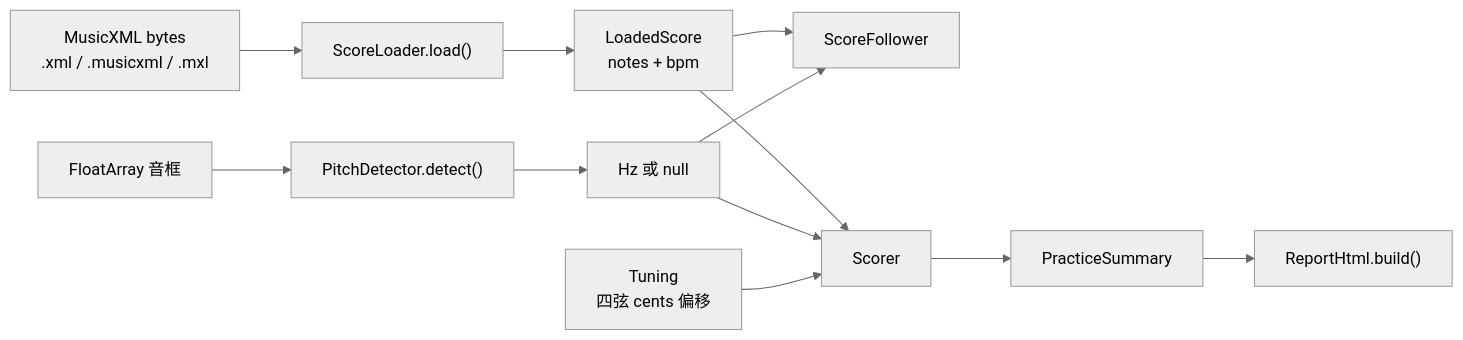
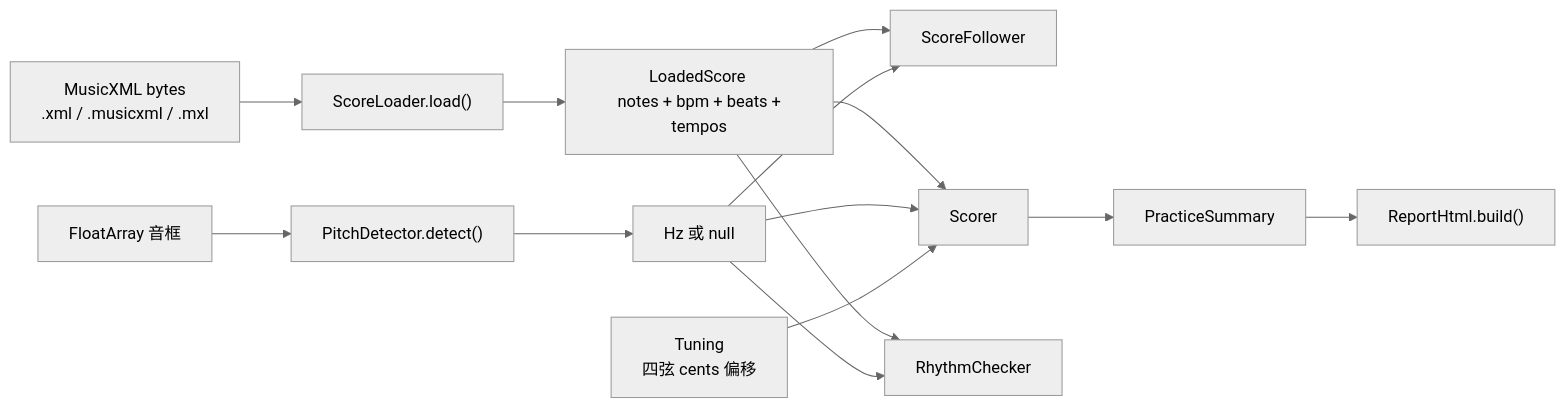
One commit to ue0705/music_app changed the second of 4 diagrams in docs/arc42/05_building_block_view.md. Above: the diagram before and after it, drawn with Mermaid (neutral theme). The commit also changed other lines of this file and 20 other files, not shown here.

First line of the commit message:
feat: beat/tempo follow the score and live rhythm warnings (v1.0.10)

````diff
--- a/docs/arc42/05_building_block_view.md
+++ b/docs/arc42/05_building_block_view.md
@@ -72,14 +72,16 @@
 ```mermaid
 graph LR
   BYTES["MusicXML bytes <br/> .xml / .musicxml / .mxl"] --> SL["ScoreLoader.load()"]
-  SL --> LS["LoadedScore <br/> notes + bpm"]
+  SL --> LS["LoadedScore <br/> notes + bpm + beats + tempos"]
   LS --> SF["ScoreFollower"]
   LS --> SC["Scorer"]
+  LS --> RC["RhythmChecker"]
+  HZ --> RC
   SAMP["FloatArray 音框"] --> PD["PitchDetector.detect()"]
   PD --> HZ["Hz 或 null"]
   HZ --> SF
   HZ --> SC
   TU["Tuning <br/> 四弦 cents 偏移"] --> SC
   SC --> SUM["PracticeSummary"]
   SUM --> RH["ReportHtml.build()"]
 ```
````
